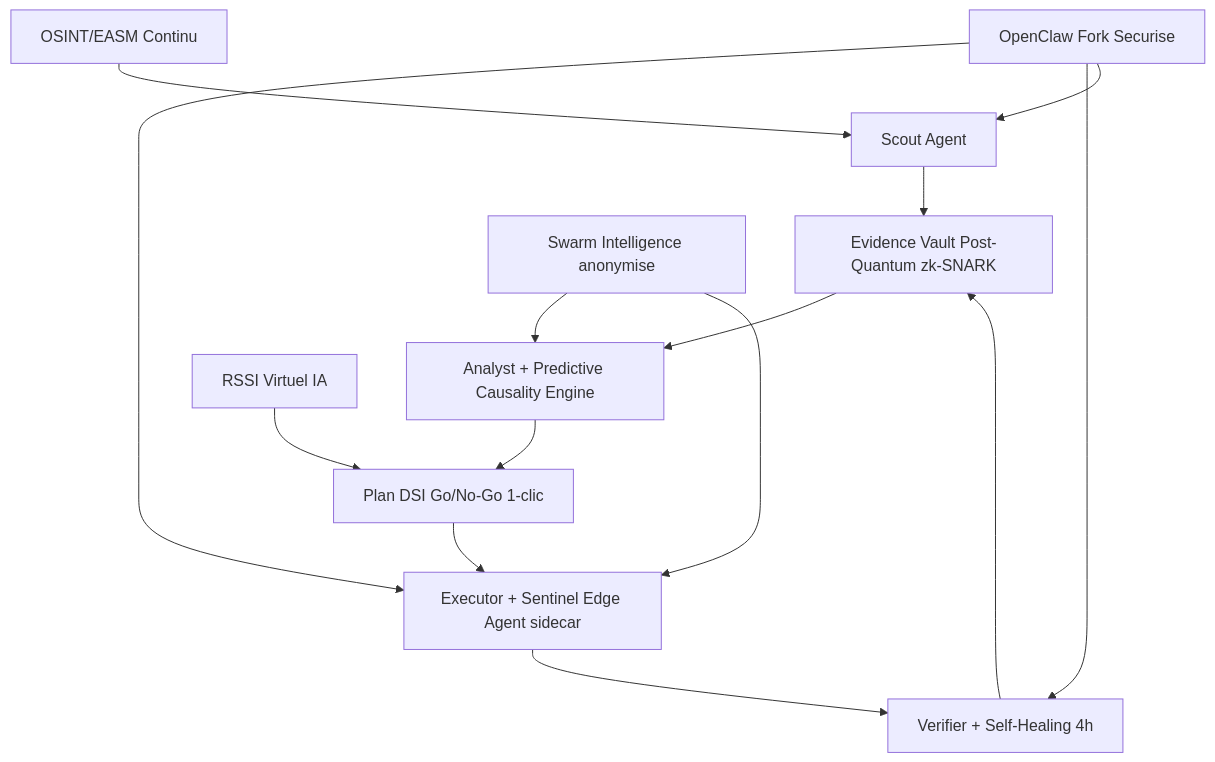
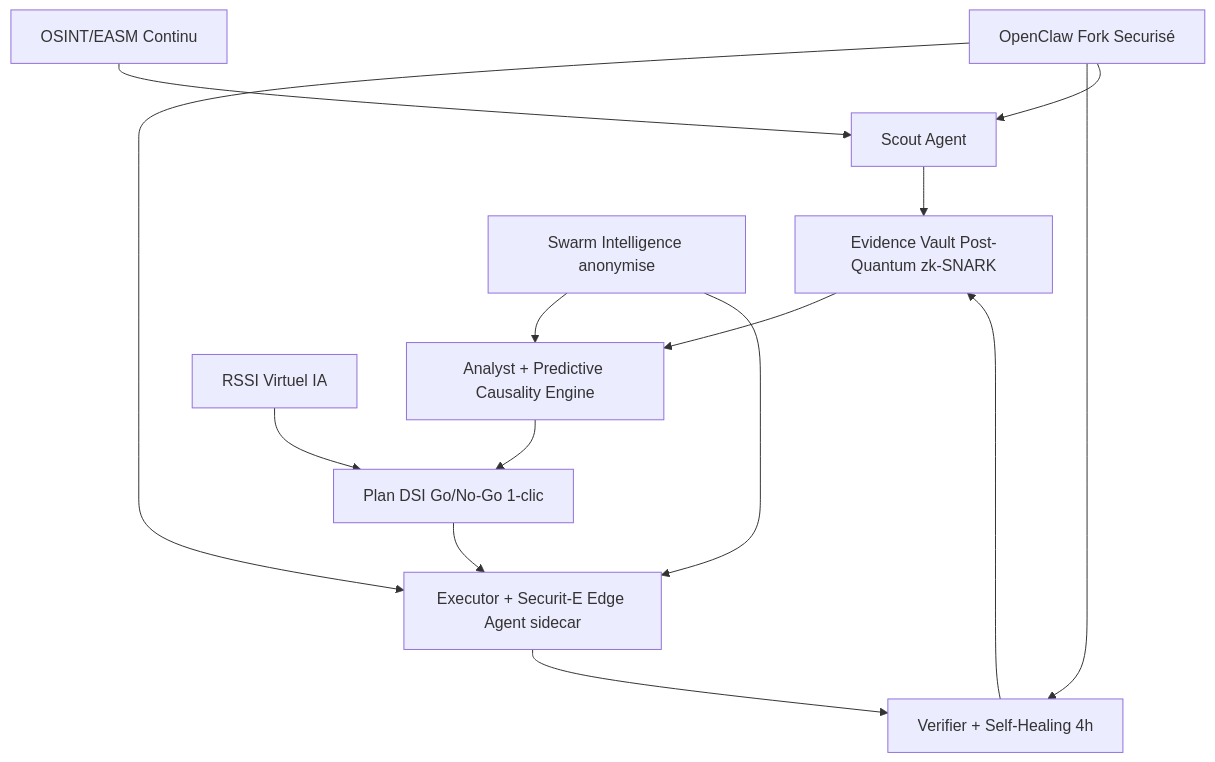
One commit to lemoalvivien-cmyk/edge-proof-keeper changed the first of 2 diagrams in docs/ARCHITECTURE.md. Above: the diagram before and after it, drawn with Mermaid. The commit also changed other lines of this file and 8 other files, not shown here.

````diff
--- a/docs/ARCHITECTURE.md
+++ b/docs/ARCHITECTURE.md
@@ -11,16 +11,16 @@
 ```mermaid
 graph TD
     A[OSINT/EASM Continu] --> B[Scout Agent]
     B --> C[Evidence Vault Post-Quantum zk-SNARK]
     C --> D[Analyst + Predictive Causality Engine]
     D --> E[Plan DSI Go/No-Go 1-clic]
-    E --> F[Executor + Sentinel Edge Agent sidecar]
+    E --> F[Executor + Securit-E Edge Agent sidecar]
     F --> G[Verifier + Self-Healing 4h]
     G --> C
     H[Swarm Intelligence anonymise] --> D
     H --> F
     I[RSSI Virtuel IA] --> E
-    J[OpenClaw Fork Securise] --> F
+    J[OpenClaw Fork Securisé] --> F
     J --> G
     J --> B
 ```
````
